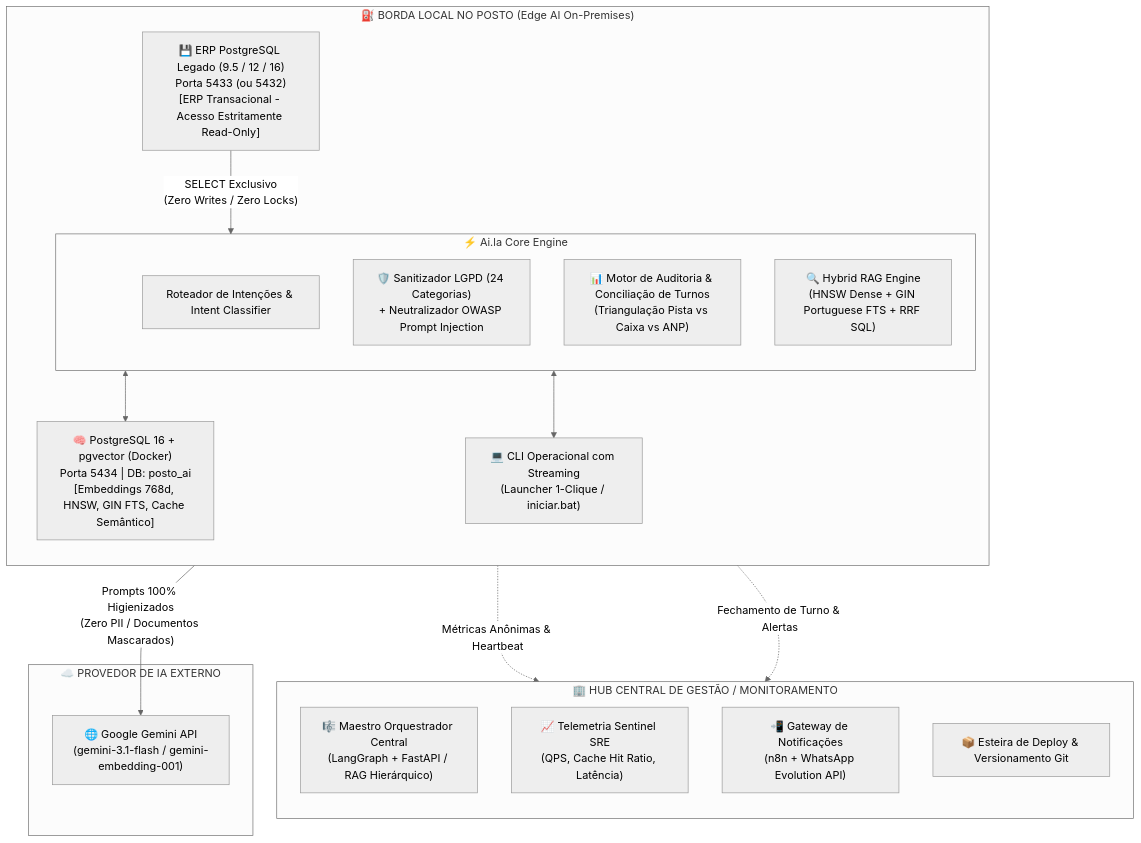
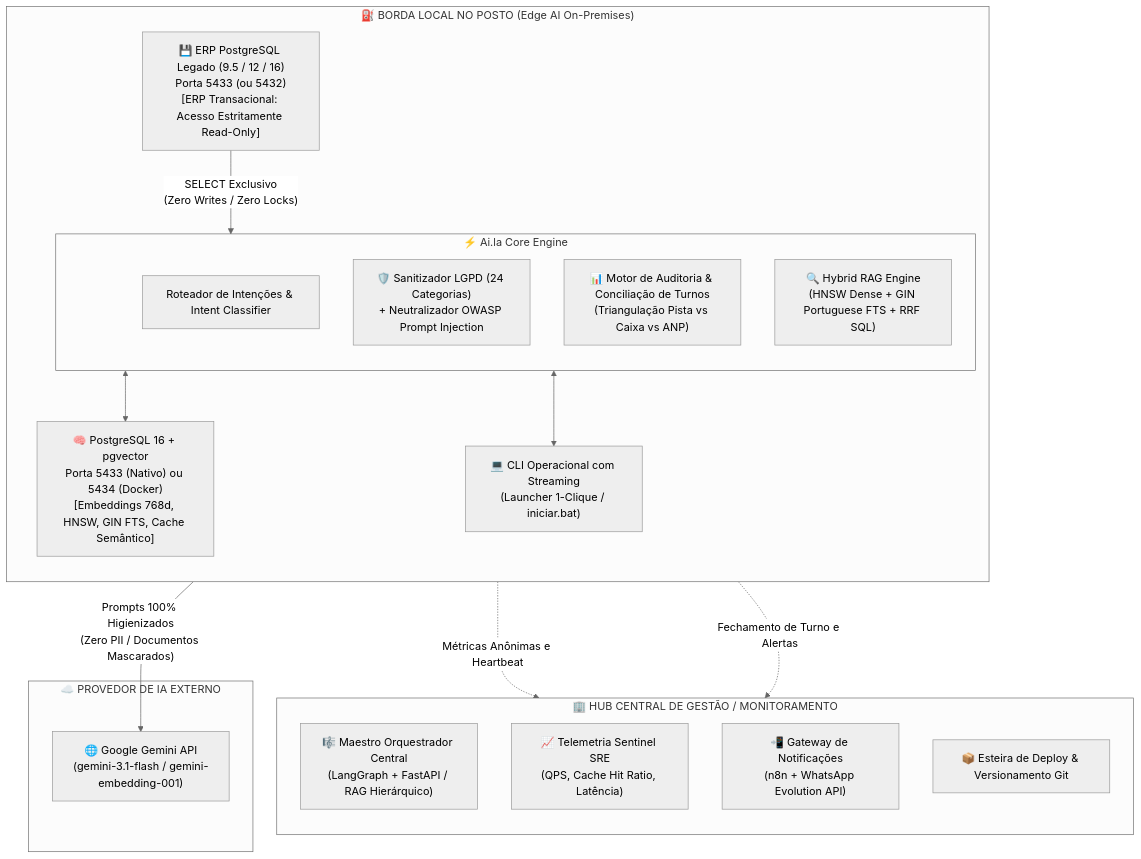
The first of 6 diagrams in README.md (marlonhms/IA-Local), drawn with Mermaid (neutral theme) before and after one commit. The commit also changed other lines of this file and 2 other files, not shown here.

Commit message:
fix: corrigir renderizacao mermaid no readme e resiliencia de execucao no server

````diff
--- a/README.md
+++ b/README.md
@@ -64,37 +64,37 @@
 ```mermaid
 flowchart TB
     subgraph EDGE["⛽ BORDA LOCAL NO POSTO (Edge AI On-Premises)"]
         direction TB
-        ERP["💾 ERP PostgreSQL Legado (9.5 / 12 / 16)\nPorta 5433 (ou 5432)\n[ERP Transacional - Acesso Estritamente Read-Only]"]
-        VEC["🧠 PostgreSQL 16 + pgvector (Docker)\nPorta 5434 | DB: posto_ai\n[Embeddings 768d, HNSW, GIN FTS, Cache Semântico]"]
+        ERP["💾 ERP PostgreSQL Legado (9.5 / 12 / 16)<br/>Porta 5433 (ou 5432)<br/>[ERP Transacional: Acesso Estritamente Read-Only]"]
+        VEC["🧠 PostgreSQL 16 + pgvector<br/>Porta 5433 (Nativo) ou 5434 (Docker)<br/>[Embeddings 768d, HNSW, GIN FTS, Cache Semântico]"]
         
         subgraph ENGINE["⚡ Ai.la Core Engine"]
             ROUTER["Roteador de Intenções & Intent Classifier"]
-            SAN["🛡️ Sanitizador LGPD (24 Categorias)\n+ Neutralizador OWASP Prompt Injection"]
-            AUDIT["📊 Motor de Auditoria & Conciliação de Turnos\n(Triangulação Pista vs Caixa vs ANP)"]
-            RAG["🔍 Hybrid RAG Engine\n(HNSW Dense + GIN Portuguese FTS + RRF SQL)"]
+            SAN["🛡️ Sanitizador LGPD (24 Categorias)<br/>+ Neutralizador OWASP Prompt Injection"]
+            AUDIT["📊 Motor de Auditoria & Conciliação de Turnos<br/>(Triangulação Pista vs Caixa vs ANP)"]
+            RAG["🔍 Hybrid RAG Engine<br/>(HNSW Dense + GIN Portuguese FTS + RRF SQL)"]
         end
 
-        CLI["💻 CLI Operacional com Streaming\n(Launcher 1-Clique / iniciar.bat)"]
+        CLI["💻 CLI Operacional com Streaming<br/>(Launcher 1-Clique / iniciar.bat)"]
 
-        ERP -- "SELECT Exclusivo\n(Zero Writes / Zero Locks)" --> ENGINE
+        ERP -->|"SELECT Exclusivo<br/>(Zero Writes / Zero Locks)"| ENGINE
         ENGINE <--> VEC
         ENGINE <--> CLI
     end
 
     subgraph HUB["🏢 HUB CENTRAL DE GESTÃO / MONITORAMENTO"]
         direction TB
-        MAESTRO_HUB["🎼 Maestro Orquestrador Central\n(LangGraph + FastAPI / RAG Hierárquico)"]
-        SRE["📈 Telemetria Sentinel SRE\n(QPS, Cache Hit Ratio, Latência)"]
-        N8N["📲 Gateway de Notificações\n(n8n + WhatsApp Evolution API)"]
+        MAESTRO_HUB["🎼 Maestro Orquestrador Central<br/>(LangGraph + FastAPI / RAG Hierárquico)"]
+        SRE["📈 Telemetria Sentinel SRE<br/>(QPS, Cache Hit Ratio, Latência)"]
+        N8N["📲 Gateway de Notificações<br/>(n8n + WhatsApp Evolution API)"]
         REPO["📦 Esteira de Deploy & Versionamento Git"]
     end
 
     subgraph CLOUD["☁️ PROVEDOR DE IA EXTERNO"]
-        GEMINI["🌐 Google Gemini API\n(gemini-3.1-flash / gemini-embedding-001)"]
+        GEMINI["🌐 Google Gemini API<br/>(gemini-3.1-flash / gemini-embedding-001)"]
     end
 
-    SAN -- "Prompts 100% Higienizados\n(Zero PII / Documentos Mascarados)" --> GEMINI
-    ENGINE -. "Métricas Anônimas & Heartbeat" .-> SRE
-    ENGINE -. "Fechamento de Turno & Alertas" .-> N8N
+    SAN -->|"Prompts 100% Higienizados<br/>(Zero PII / Documentos Mascarados)"| GEMINI
+    ENGINE -.->|"Métricas Anônimas e Heartbeat"| SRE
+    ENGINE -.->|"Fechamento de Turno e Alertas"| N8N
 ```
````
